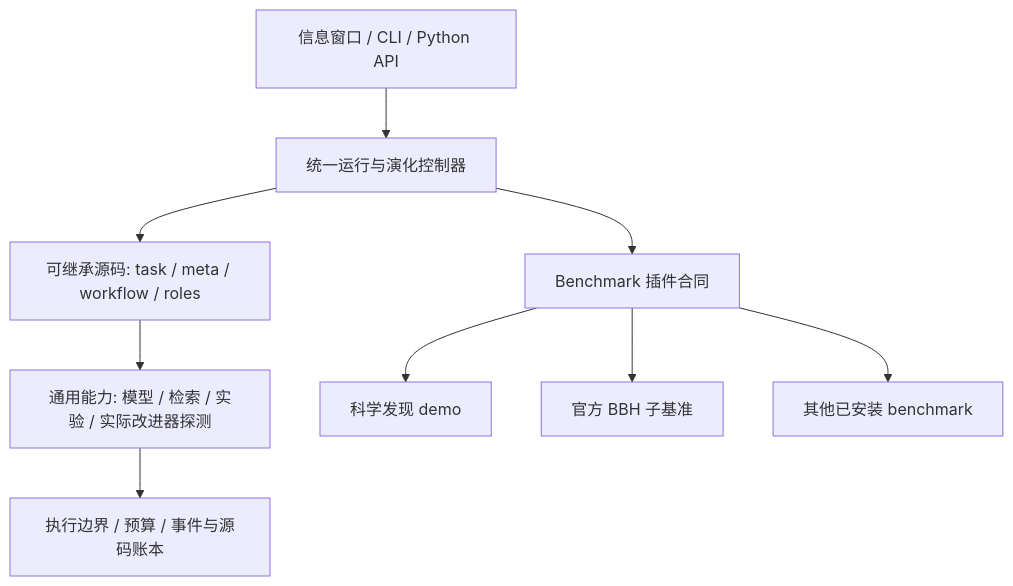
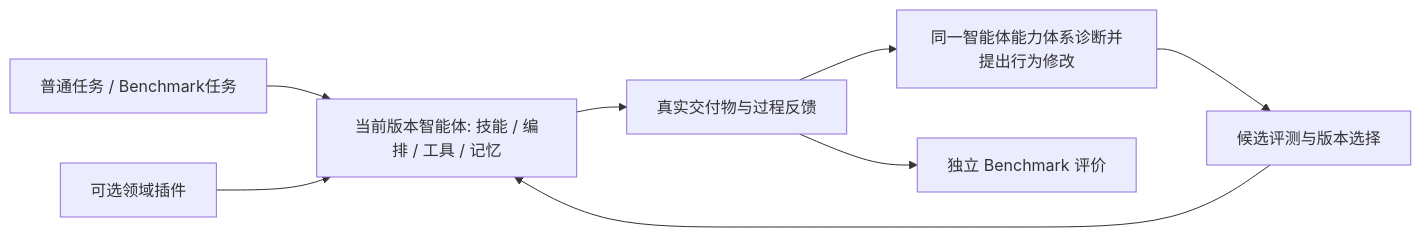
Before and after one commit to csxq0605/Nexgent: the diagram in README.md, drawn with Mermaid. The commit also changed other lines of this file and 12 other files, not shown here.

Commit message:
docs: redefine task-agent RSI architecture and independent OpenFOAM demo

````diff
--- a/README.md
+++ b/README.md
@@ -11,11 +28,10 @@
 ```mermaid
-flowchart TB
-    UI[信息窗口 / CLI / Python API] --> C[统一运行与演化控制器]
-    C --> A[可继承源码: task / meta / workflow / roles]
-    A --> R[通用能力: 模型 / 检索 / 实验 / 实际改进器探测]
-    R --> K[执行边界 / 预算 / 事件与源码账本]
-    C --> B[Benchmark 插件合同]
-    B --> S[科学发现 demo]
-    B --> H[官方 BBH 子基准]
-    B --> X[其他已安装 benchmark]
+flowchart LR
+    T[普通任务 / Benchmark任务] --> A[当前版本智能体: 技能 / 编排 / 工具 / 记忆]
+    A --> O[真实交付物与过程反馈]
+    O --> I[同一智能体能力体系诊断并提出行为修改]
+    I --> V[候选评测与版本选择]
+    V --> A
+    D[可选领域插件] --> A
+    O --> B[独立 Benchmark 评价]
 ```
````
